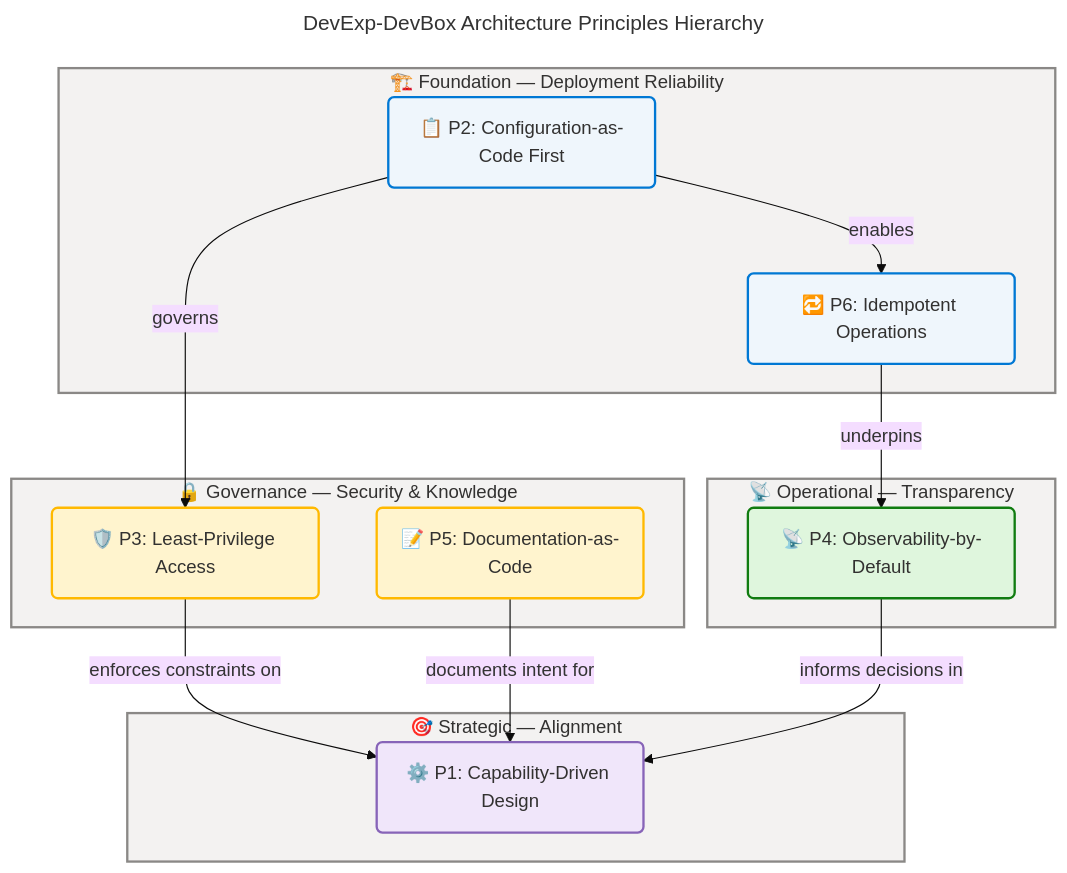
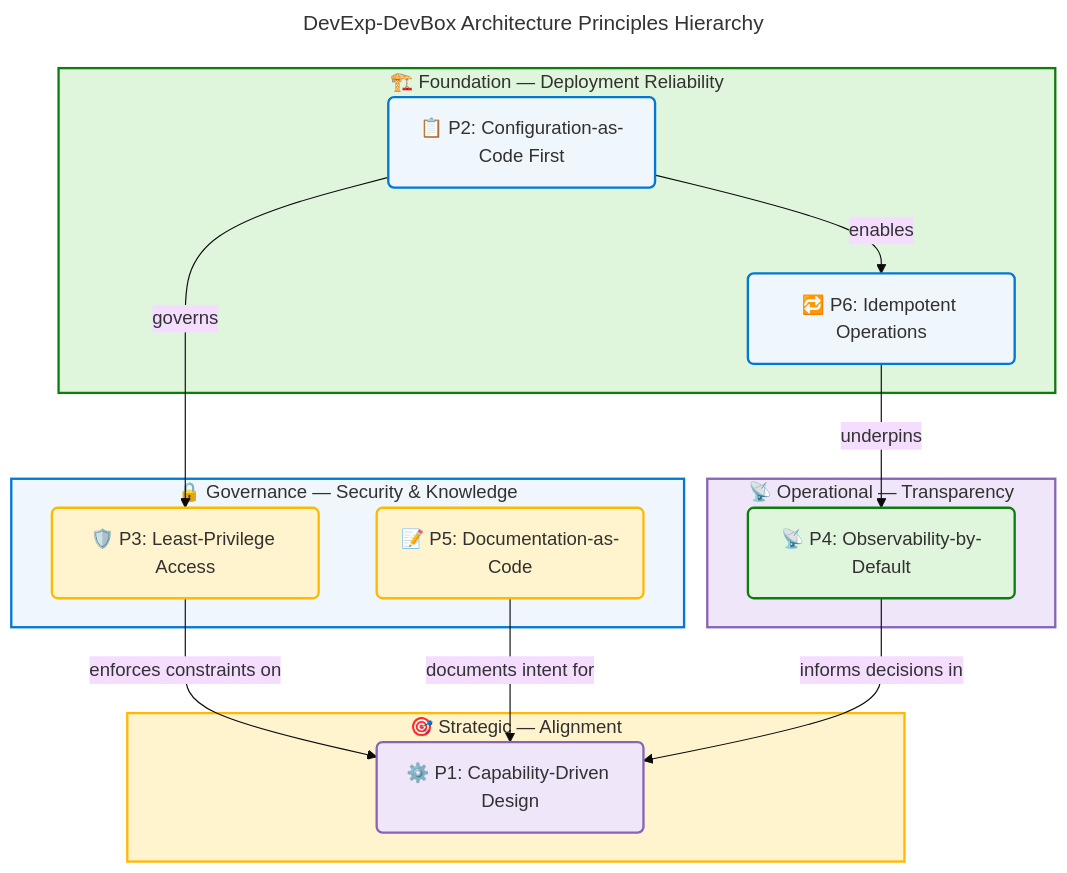
Before and after one commit to Evilazaro/DevExp-DevBox: the third of 7 diagrams in docs/architecture/business-architecture.md, drawn with Mermaid. The commit also changed other lines of this file, not shown here.

Commit message:
refactor: Update Mermaid diagram styles for improved visual clarity in business architecture documentation

````diff
--- a/docs/architecture/business-architecture.md
+++ b/docs/architecture/business-architecture.md
@@ -415,62 +419,62 @@
 ```mermaid
 ---
 title: DevExp-DevBox Architecture Principles Hierarchy
 config:
   theme: base
   look: classic
   layout: dagre
   themeVariables:
     fontSize: '16px'
   flowchart:
     htmlLabels: true
 ---
 flowchart TB
     accTitle: DevExp-DevBox Architecture Principles Hierarchy
     accDescr: Shows six architecture principles organized into four governance tiers — Foundation, Security and Knowledge, Operational Transparency, and Strategic Alignment — with dependency arrows showing how lower-tier principles enable higher-tier ones.
 
     %% ═══════════════════════════════════════════════════════════════════════════
     %% AZURE / FLUENT ARCHITECTURE PATTERN v1.1
     %% (Semantic + Structural + Font + Accessibility Governance)
     %% ═══════════════════════════════════════════════════════════════════════════
     %% PHASE 1 - FLUENT UI: All styling uses approved Fluent UI palette only
     %% PHASE 2 - GROUPS: Every subgraph has semantic color via style directive
     %% PHASE 3 - COMPONENTS: Every node has semantic classDef + icon prefix
     %% PHASE 4 - ACCESSIBILITY: accTitle/accDescr present, WCAG AA contrast
     %% PHASE 5 - STANDARD: Governance block present, classDefs centralized
     %% ═══════════════════════════════════════════════════════════════════════════
 
     subgraph foundation["🏗️ Foundation — Deployment Reliability"]
         p2("📋 P2: Configuration-as-Code First"):::core
         p6("🔁 P6: Idempotent Operations"):::core
     end
 
     subgraph governance["🔒 Governance — Security & Knowledge"]
         p3("🛡️ P3: Least-Privilege Access"):::warning
         p5("📝 P5: Documentation-as-Code"):::warning
     end
 
     subgraph operational["📡 Operational — Transparency"]
         p4("📡 P4: Observability-by-Default"):::success
     end
 
     subgraph strategic["🎯 Strategic — Alignment"]
         p1("⚙️ P1: Capability-Driven Design"):::data
     end
 
     p2 -->|"governs"| p3
     p2 -->|"enables"| p6
     p6 -->|"underpins"| p4
     p3 -->|"enforces constraints on"| p1
     p5 -->|"documents intent for"| p1
     p4 -->|"informs decisions in"| p1
 
-    style foundation fill:#F3F2F1,stroke:#8A8886,stroke-width:2px,color:#323130
-    style governance fill:#F3F2F1,stroke:#8A8886,stroke-width:2px,color:#323130
-    style operational fill:#F3F2F1,stroke:#8A8886,stroke-width:2px,color:#323130
-    style strategic fill:#F3F2F1,stroke:#8A8886,stroke-width:2px,color:#323130
+    style foundation fill:#DFF6DD,stroke:#107C10,stroke-width:2px,color:#323130
+    style governance fill:#EFF6FC,stroke:#0078D4,stroke-width:2px,color:#323130
+    style operational fill:#F0E6FA,stroke:#8764B8,stroke-width:2px,color:#323130
+    style strategic fill:#FFF4CE,stroke:#FFB900,stroke-width:2px,color:#323130
 
     classDef core fill:#EFF6FC,stroke:#0078D4,stroke-width:2px,color:#323130
     classDef warning fill:#FFF4CE,stroke:#FFB900,stroke-width:2px,color:#323130
     classDef success fill:#DFF6DD,stroke:#107C10,stroke-width:2px,color:#323130
     classDef data fill:#F0E6FA,stroke:#8764B8,stroke-width:2px,color:#323130
 ```
````
